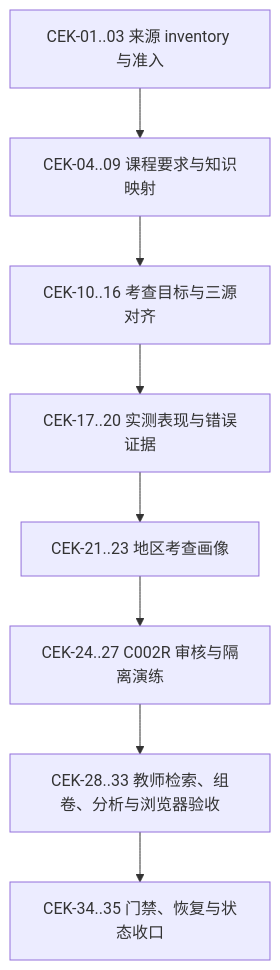
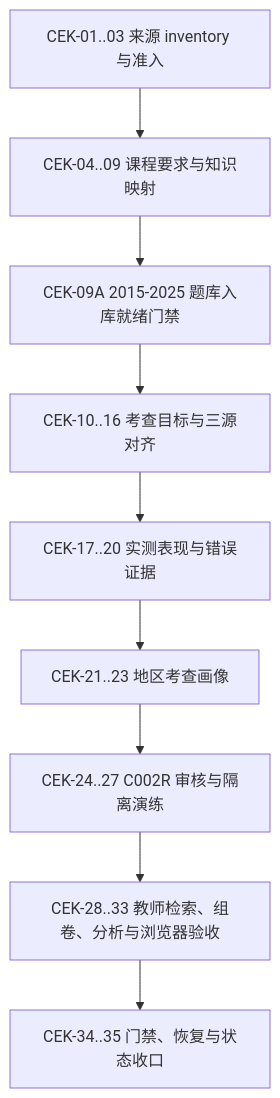
The diagram in docs/superpowers/plans/2026-07-28-curriculum-exam-knowledge-extraction-implementation-plan.md (sciman-top/k12-question-graph), drawn with Mermaid before and after one commit. The commit also changed other lines of this file and 538 other files, not shown here.

````diff
--- a/docs/superpowers/plans/2026-07-28-curriculum-exam-knowledge-extraction-implementation-plan.md
+++ b/docs/superpowers/plans/2026-07-28-curriculum-exam-knowledge-extraction-implementation-plan.md
@@ -48,10 +48,11 @@
 ```mermaid
 flowchart TD
     A["CEK-01..03 来源 inventory 与准入"] --> B["CEK-04..09 课程要求与知识映射"]
-    B --> C["CEK-10..16 考查目标与三源对齐"]
+    B --> B2["CEK-09A 2015-2025 题库入库就绪门禁"]
+    B2 --> C["CEK-10..16 考查目标与三源对齐"]
     C --> D["CEK-17..20 实测表现与错误证据"]
     D --> E["CEK-21..23 地区考查画像"]
     E --> F["CEK-24..27 C002R 审核与隔离演练"]
     F --> G["CEK-28..33 教师检索、组卷、分析与浏览器验收"]
     G --> H["CEK-34..35 门禁、恢复与状态收口"]
 ```
````
